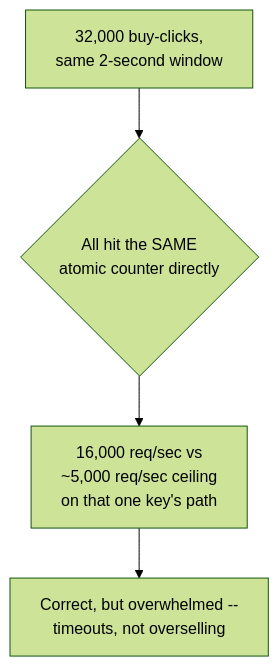
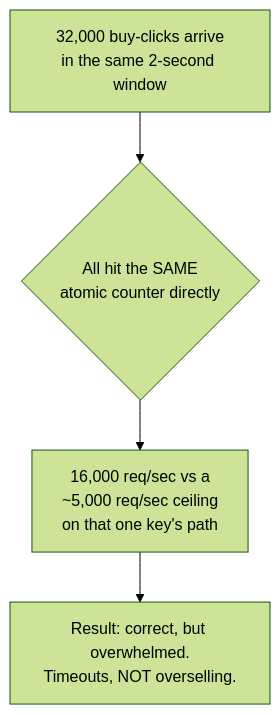
The third of 13 diagrams in system-design/HLD/0-course/60-Design-a-Flash-Sale-System-FAANG-Guide-story.md (riyaz-pasha/Learnings), drawn with Mermaid (forest theme) before and after one commit. The commit also changed other lines of this file and 2 other files, not shown here.

Commit message:
[REWRITE] Flash Sale System story guide: simplify prose, add structure, fix diagrams

````diff
--- a/system-design/HLD/0-course/60-Design-a-Flash-Sale-System-FAANG-Guide-story.md
+++ b/system-design/HLD/0-course/60-Design-a-Flash-Sale-System-FAANG-Guide-story.md
@@ -79,6 +239,6 @@
 ```mermaid
 flowchart TD
-    A["32,000 buy-clicks,\nsame 2-second window"] --> B{"All hit the SAME\natomic counter directly"}
-    B --> C["16,000 req/sec vs\n~5,000 req/sec ceiling\non that one key's path"]
-    C --> D["Correct, but overwhelmed --\ntimeouts, not overselling"]
+    A["32,000 buy-clicks arrive<br/>in the same 2-second window"] --> B{"All hit the SAME<br/>atomic counter directly"}
+    B --> C["16,000 req/sec vs a<br/>~5,000 req/sec ceiling<br/>on that one key's path"]
+    C --> D["Result: correct, but overwhelmed.<br/>Timeouts, NOT overselling."]
 ```
````
